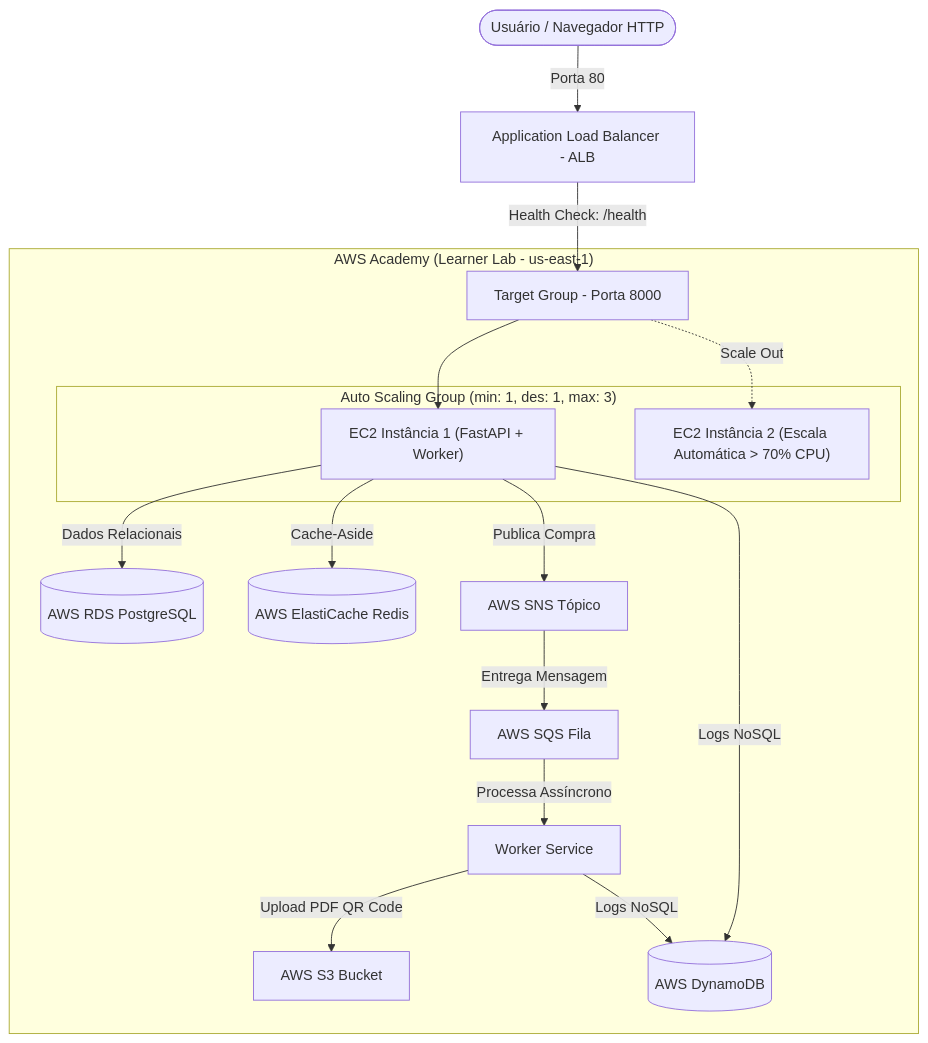
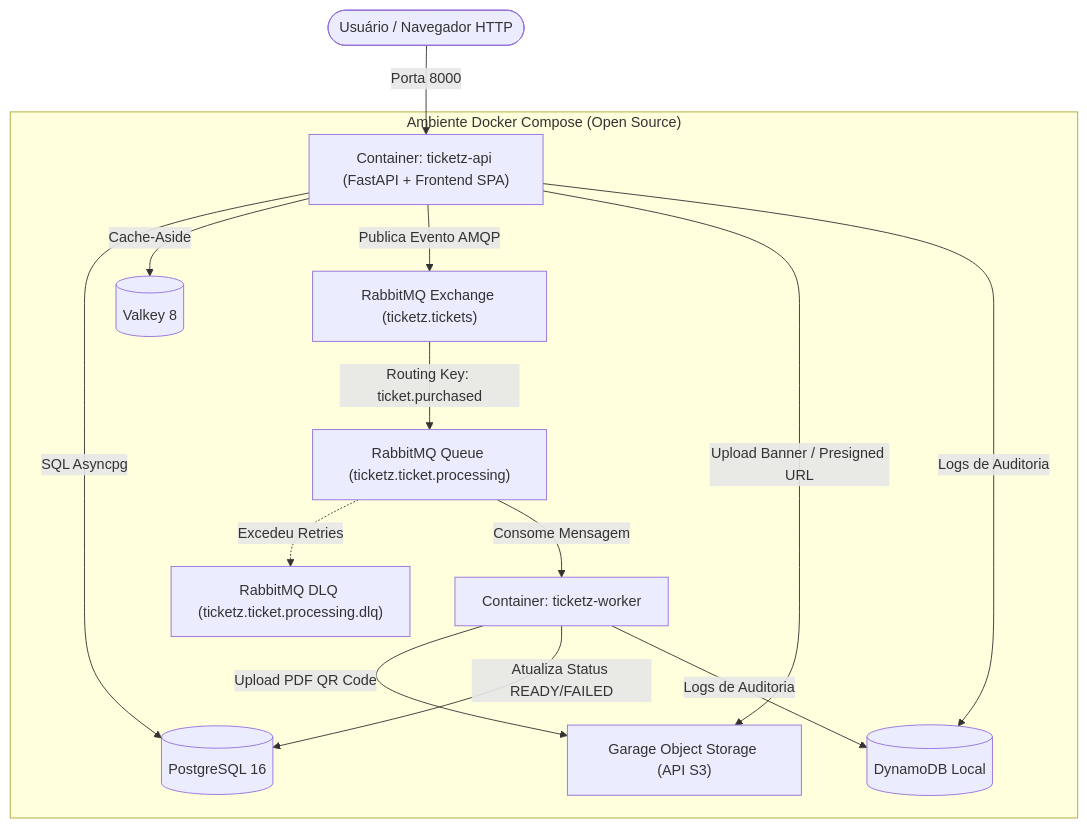
One commit to ArthuPereira/ticketz changed the diagram in README.md. Above: the diagram before and after it, drawn with Mermaid. The commit also changed other lines of this file and 53 other files, not shown here.

````diff
--- a/README.md
+++ b/README.md
@@ -147,24 +17,18 @@
 ```mermaid
 graph TD
-    User([Usuário / Navegador HTTP]) -->|Porta 80| ALB[Application Load Balancer - ALB]
-    ALB -->|Health Check: /health| TG[Target Group - Porta 8000]
+    User([Usuário / Navegador HTTP]) -->|Porta 8000| API["Container: ticketz-api (FastAPI + Frontend SPA)"]
 
-    subgraph AWS_Cloud ["AWS Academy (Learner Lab - us-east-1)"]
-        subgraph ASG ["Auto Scaling Group (min: 1, des: 1, max: 3)"]
-            EC2_1["EC2 Instância 1 (FastAPI + Worker)"]
-            EC2_2["EC2 Instância 2 (Escala Automática > 70% CPU)"]
-        end
-
-        TG --> EC2_1
-        TG -.->|Scale Out| EC2_2
-
-        EC2_1 -->|Dados Relacionais| RDS[(AWS RDS PostgreSQL)]
-        EC2_1 -->|Cache-Aside| Redis[(AWS ElastiCache Redis)]
-        EC2_1 -->|Publica Compra| SNS[AWS SNS Tópico]
-        SNS -->|Entrega Mensagem| SQS[AWS SQS Fila]
-        SQS -->|Processa Assíncrono| Worker[Worker Service]
-        Worker -->|Upload PDF QR Code| S3[AWS S3 Bucket]
-        EC2_1 -->|Logs NoSQL| DynamoDB[(AWS DynamoDB)]
-        Worker -->|Logs NoSQL| DynamoDB
+    subgraph Docker_Compose ["Ambiente Docker Compose (Open Source)"]
+        API -->|SQL Asyncpg| Postgres[(PostgreSQL 16)]
+        API -->|Cache-Aside| Valkey[(Valkey 8)]
+        API -->|Publica Evento AMQP| RMQ_Ex["RabbitMQ Exchange (ticketz.tickets)"]
+        RMQ_Ex -->|Routing Key: ticket.purchased| RMQ_Q["RabbitMQ Queue (ticketz.ticket.processing)"]
+        RMQ_Q -.->|Excedeu Retries| RMQ_DLQ["RabbitMQ DLQ (ticketz.ticket.processing.dlq)"]
+        RMQ_Q -->|Consome Mensagem| Worker["Container: ticketz-worker"]
+        API -->|Upload Banner / Presigned URL| Garage["Garage Object Storage (API S3)"]
+        Worker -->|Upload PDF QR Code| Garage
+        Worker -->|Atualiza Status READY/FAILED| Postgres
+        API -->|Logs de Auditoria| DynamoDB[(DynamoDB Local)]
+        Worker -->|Logs de Auditoria| DynamoDB
     end
 ```
````
